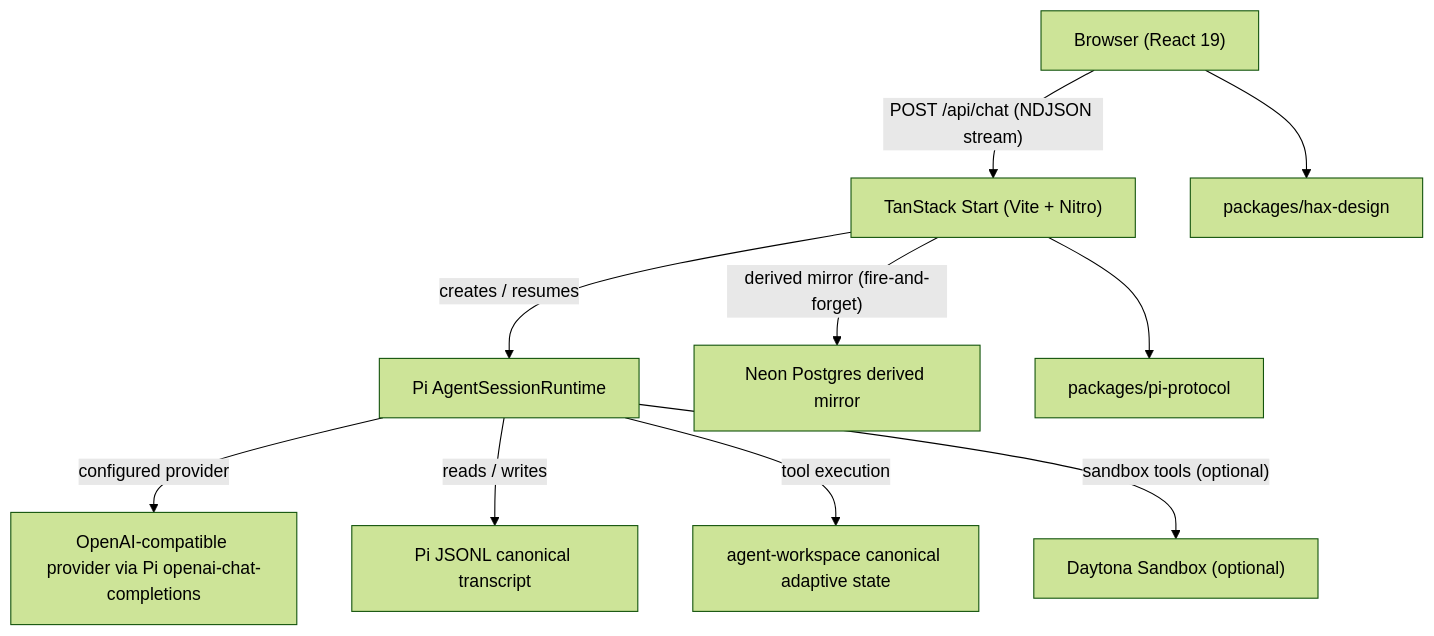
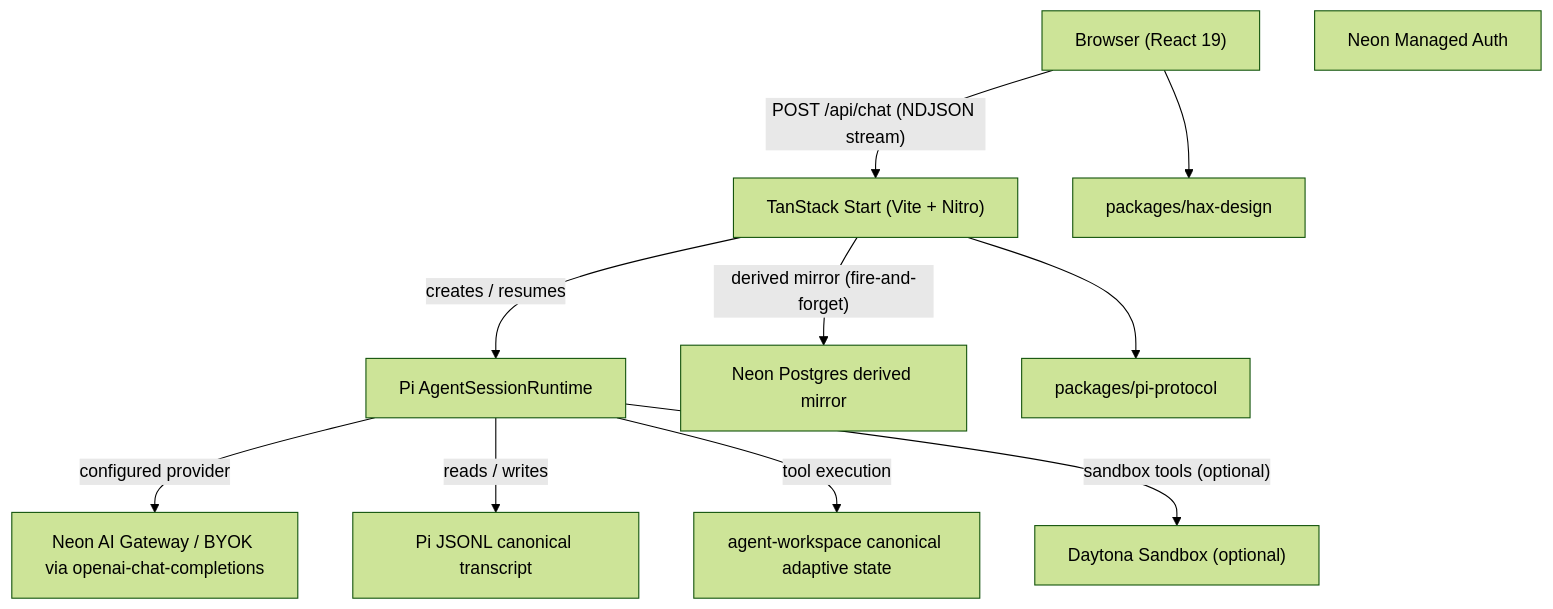
One commit to Qredence/fleet-pi changed the first of 2 diagrams in docs/wiki/overview/architecture.md. Above: the diagram before and after it, drawn with Mermaid (forest theme). The commit also changed other lines of this file and 66 other files, not shown here.

First line of the commit message:
feat: default authenticated chat to Neon AI Gateway OCC + harden settings runtime (#87)

````diff
--- a/docs/wiki/overview/architecture.md
+++ b/docs/wiki/overview/architecture.md
@@ -7,23 +7,24 @@
 ```mermaid
 graph TD
     Browser["Browser (React 19)"]
     TanStackStart["TanStack Start (Vite + Nitro)"]
     PiRuntime["Pi AgentSessionRuntime"]
-    Provider["OpenAI-compatible provider via Pi openai-chat-completions"]
+    Provider["Neon AI Gateway / BYOK via openai-chat-completions"]
+    NeonAuth["Neon Managed Auth"]
     PiSession["Pi JSONL canonical transcript"]
     NeonPG["Neon Postgres derived mirror"]
     Daytona["Daytona Sandbox (optional)"]
     AgentWS["agent-workspace canonical adaptive state"]
     Protocol["packages/pi-protocol"]
     Hax["packages/hax-design"]
 
     Browser -- "POST /api/chat (NDJSON stream)" --> TanStackStart
     TanStackStart -- "creates / resumes" --> PiRuntime
     PiRuntime -- "configured provider" --> Provider
     PiRuntime -- "reads / writes" --> PiSession
     PiRuntime -- "tool execution" --> AgentWS
     TanStackStart -- "derived mirror (fire-and-forget)" --> NeonPG
     PiRuntime -- "sandbox tools (optional)" --> Daytona
     TanStackStart --> Protocol
     Browser --> Hax
 ```
````
